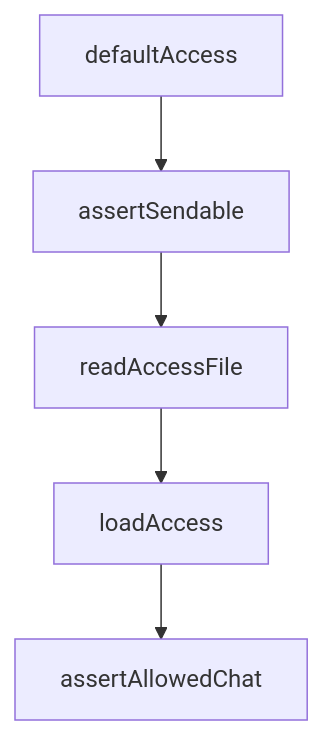
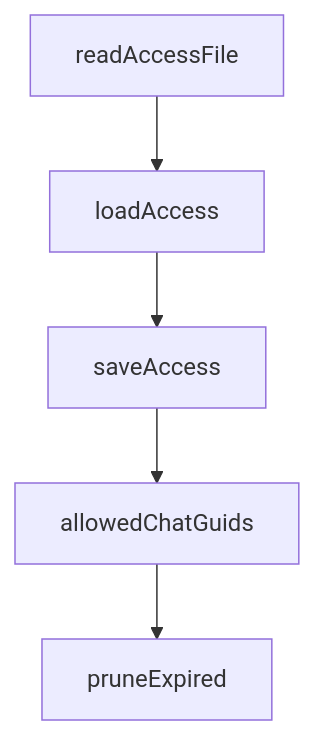
Before and after one commit to johnxie/awesome-code-docs: the diagram in tutorials/claude-plugins-official-tutorial/05-trust-security-and-risk-controls.md, drawn with Mermaid. The commit also changed other lines of this file and 1232 other files, not shown here.

````diff
--- a/tutorials/claude-plugins-official-tutorial/05-trust-security-and-risk-controls.md
+++ b/tutorials/claude-plugins-official-tutorial/05-trust-security-and-risk-controls.md
@@ -219,12 +217,12 @@
 ```mermaid
 flowchart TD
-    A[defaultAccess]
-    B[assertSendable]
-    C[readAccessFile]
-    D[loadAccess]
-    E[assertAllowedChat]
+    A[readAccessFile]
+    B[loadAccess]
+    C[saveAccess]
+    D[allowedChatGuids]
+    E[pruneExpired]
     A --> B
     B --> C
     C --> D
     D --> E
 ```
````
